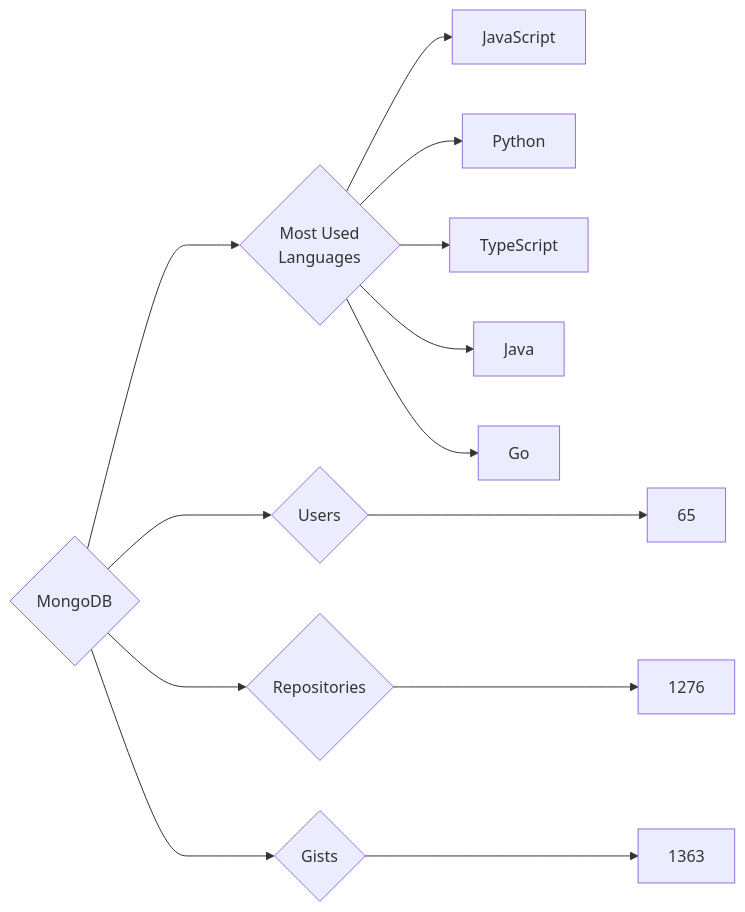
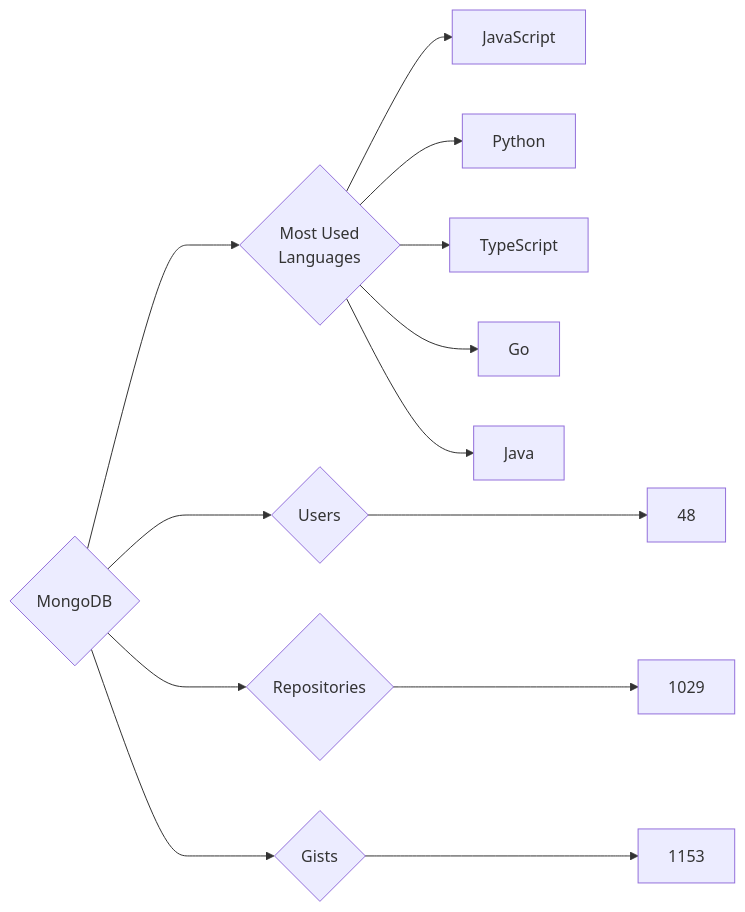
The diagram in targets/MongoDB/README.md (trickest/insiders), drawn with Mermaid before and after one commit. The commit also changed 815 other files, not shown here.

````diff
--- a/targets/MongoDB/README.md
+++ b/targets/MongoDB/README.md
@@ -3,13 +3,13 @@
 ```mermaid
 graph LR
 COMPANY_NAME{MongoDB}
-COMPANY_NAME ---> U{Users} ---> UN[65]
-COMPANY_NAME ---> R{Repositories} ---> RN[1276]
-COMPANY_NAME ---> G{Gists} ---> GN[1363]
+COMPANY_NAME ---> U{Users} ---> UN[48]
+COMPANY_NAME ---> R{Repositories} ---> RN[1029]
+COMPANY_NAME ---> G{Gists} ---> GN[1153]
 COMPANY_NAME ---> ML{Most Used<br>Languages}
 ML --> JavaScript[JavaScript]
 ML --> Python[Python]
 ML --> TypeScript[TypeScript]
+ML --> Go[Go]
 ML --> Java[Java]
-ML --> Go[Go]
 ```
````
